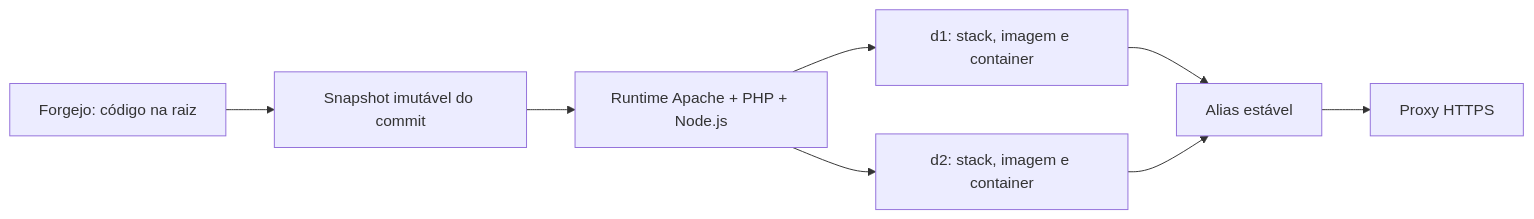
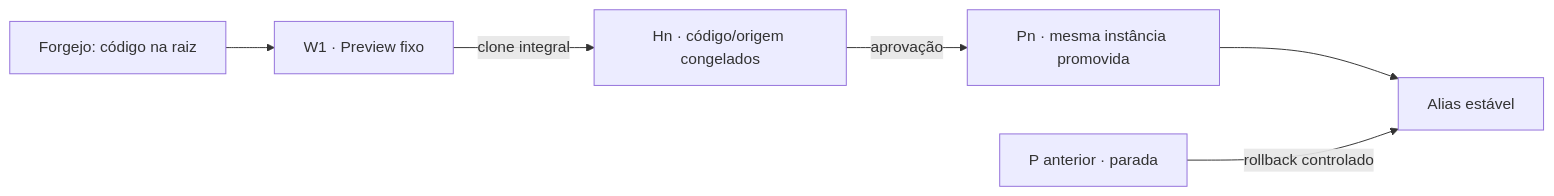
The diagram in docs/manual-tecnico/11-RUNTIME-UNIFICADO.md (debianlima/cloudiff), drawn with Mermaid before and after one commit. The commit also changed other lines of this file and 24 other files, not shown here.

````diff
--- a/docs/manual-tecnico/11-RUNTIME-UNIFICADO.md
+++ b/docs/manual-tecnico/11-RUNTIME-UNIFICADO.md
@@ -5,10 +5,8 @@
 ```mermaid
 flowchart LR
-  G[Forgejo: código na raiz] --> S[Snapshot imutável do commit]
-  S --> R[Runtime Apache + PHP + Node.js]
-  R --> D1[d1: stack, imagem e container]
-  R --> D2[d2: stack, imagem e container]
-  D1 --> A[Alias estável]
-  D2 --> A
-  A --> P[Proxy HTTPS]
+  G[Forgejo: código na raiz] --> W[W1 · Preview fixo]
+  W -->|clone integral| H[Hn · código/origem congelados]
+  H -->|aprovação| P[Pn · mesma instância promovida]
+  P --> A[Alias estável]
+  O[P anterior · parada] -->|rollback controlado| A
 ```
````
